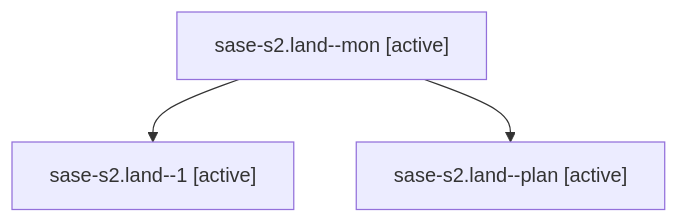
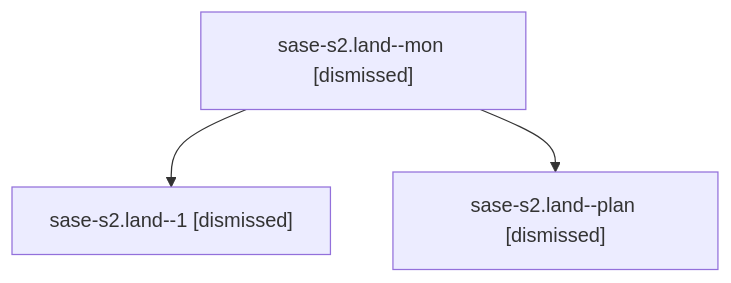
Before and after one commit to sase-org/sase--agents: the diagram in sessions/bbugyi200.athena.sase-s2.land.md, drawn with Mermaid. The commit also changed other lines of this file and 97 other files, not shown here.

````diff
--- a/sessions/bbugyi200.athena.sase-s2.land.md
+++ b/sessions/bbugyi200.athena.sase-s2.land.md
@@ -9,8 +9,8 @@
 ```mermaid
 flowchart TD
-  n0["sase-s2.land--mon [active]"]
-  n1["sase-s2.land--1 [active]"]
+  n0["sase-s2.land--mon [dismissed]"]
+  n1["sase-s2.land--1 [dismissed]"]
   n0 --> n1
-  n2["sase-s2.land--plan [active]"]
+  n2["sase-s2.land--plan [dismissed]"]
   n0 --> n2
 ```
````
